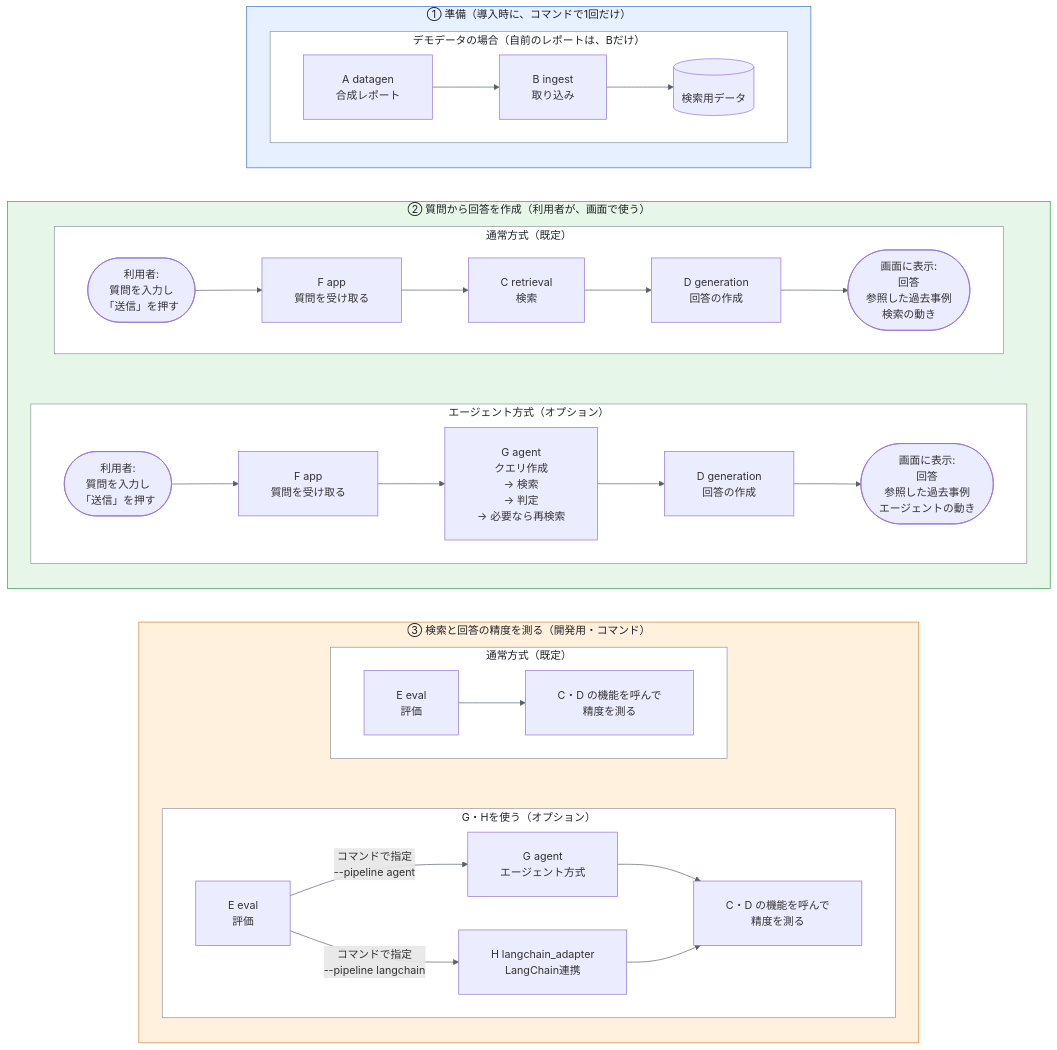
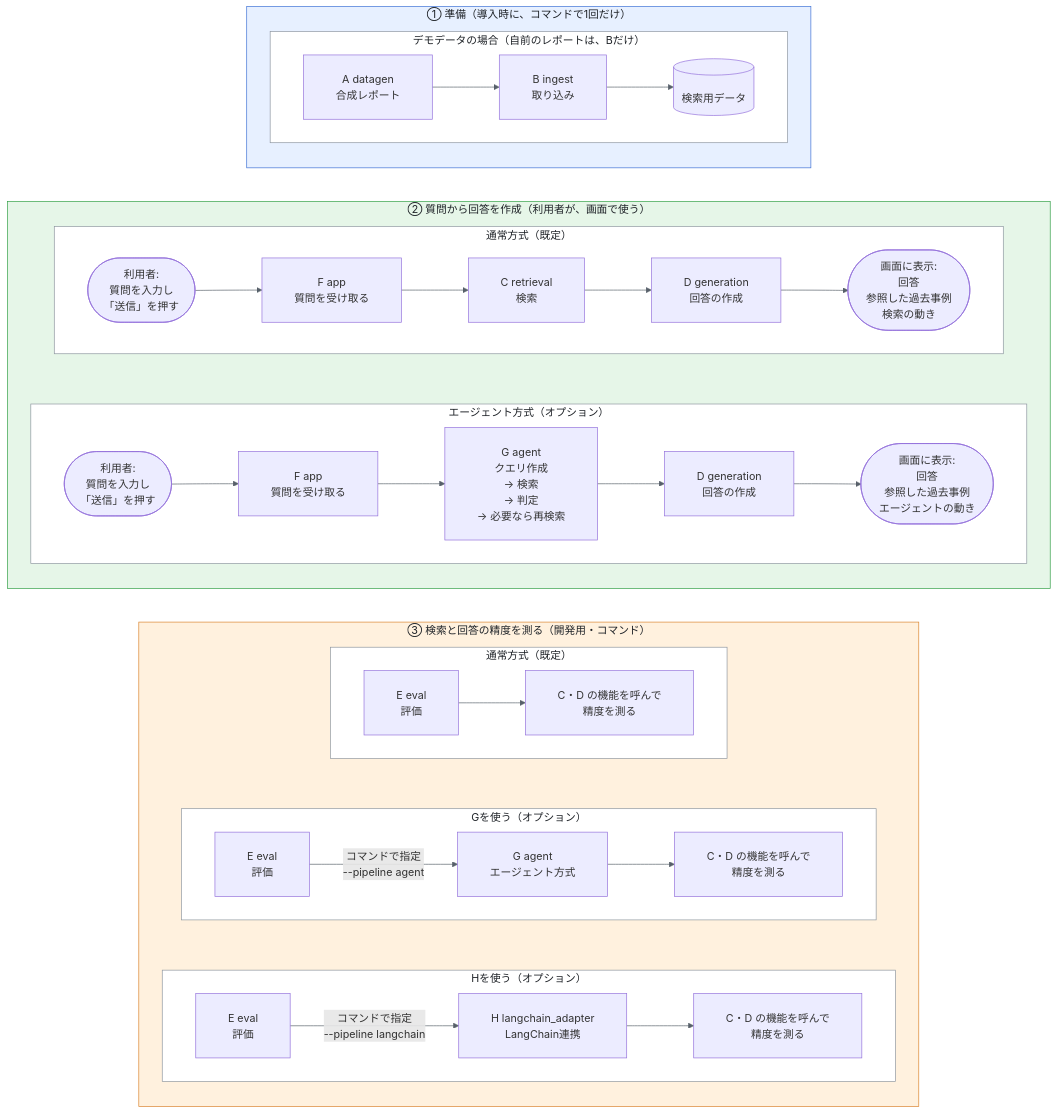
The diagram in README_ja.md (satoshi-abe-dev/silo-rag), drawn with Mermaid before and after one commit. The commit also changed other lines of this file and 1 other file, not shown here.

Commit message:
Split G and H into separate boxes in the evaluation part of the architecture diagram
Part ② already shows plain mode and agent mode as separate boxes, but part ③
put G and H in one "G・H" box. It now has three boxes, the same way:
plain mode (default), using G (optional), using H (optional). The bullet list
under the diagram is split the same way (ja/en).

````diff
--- a/README_ja.md
+++ b/README_ja.md
@@ -167,46 +167,51 @@
 ```mermaid
 %%{init: {"flowchart": {"padding": 24, "wrappingWidth": 400}, "themeVariables": {"lineColor": "#57606a"}}}%%
 graph TB
     subgraph g1["① 準備（導入時に、コマンドで1回だけ）"]
         direction TB
         subgraph prep["デモデータの場合（自前のレポートは、Bだけ）"]
             direction LR
             A["A datagen<br/>合成レポート"] --> B["B ingest<br/>取り込み"] --> DB[("検索用データ")]
         end
     end
     subgraph g2["② 質問から回答を作成（利用者が、画面で使う）"]
         direction TB
         subgraph plain["通常方式（既定）"]
             direction LR
             U1(["利用者:<br/>質問を入力し<br/>「送信」を押す"]) --> F1["F app<br/>質問を受け取る"] --> C1["C retrieval<br/>検索"] --> D1["D generation<br/>回答の作成"] --> R1(["画面に表示:<br/>回答<br/>参照した過去事例<br/>検索の動き"])
         end
         subgraph agent["エージェント方式（オプション）"]
             direction LR
             U2(["利用者:<br/>質問を入力し<br/>「送信」を押す"]) --> F2["F app<br/>質問を受け取る"] --> G["G agent<br/>クエリ作成<br/>→ 検索<br/>→ 判定<br/>→ 必要なら再検索"] --> D2["D generation<br/>回答の作成"] --> R2(["画面に表示:<br/>回答<br/>参照した過去事例<br/>エージェントの動き"])
         end
         plain ~~~ agent
     end
     subgraph g3["③ 検索と回答の精度を測る（開発用・コマンド）"]
         direction TB
         subgraph ev["通常方式（既定）"]
             direction LR
             E1["E eval<br/>評価"] --> CD1["C・D の機能を呼んで<br/>精度を測る"]
         end
-        subgraph ev2["G・Hを使う（オプション）"]
+        subgraph ev2["Gを使う（オプション）"]
             direction LR
             E2["E eval<br/>評価"] -->|"コマンドで指定<br/>--pipeline agent"| G2["G agent<br/>エージェント方式"] --> CD2["C・D の機能を呼んで<br/>精度を測る"]
-            E2 -->|"コマンドで指定<br/>--pipeline langchain"| H["H langchain_adapter<br/>LangChain連携"] --> CD2
+        end
+        subgraph ev3["Hを使う（オプション）"]
+            direction LR
+            E3["E eval<br/>評価"] -->|"コマンドで指定<br/>--pipeline langchain"| H["H langchain_adapter<br/>LangChain連携"] --> CD3["C・D の機能を呼んで<br/>精度を測る"]
         end
         ev ~~~ ev2
+        ev2 ~~~ ev3
     end
     g1 ~~~ g2
     g2 ~~~ g3
     style g1 fill:#e7f0ff,stroke:#3b6fd4,color:#1f2328
     style g2 fill:#e6f6e8,stroke:#2f9e44,color:#1f2328
     style g3 fill:#fff1de,stroke:#d9822b,color:#1f2328
     style prep fill:#ffffff,stroke:#8c959f,color:#1f2328
     style plain fill:#ffffff,stroke:#8c959f,color:#1f2328
     style agent fill:#ffffff,stroke:#8c959f,color:#1f2328
     style ev fill:#ffffff,stroke:#8c959f,color:#1f2328
     style ev2 fill:#ffffff,stroke:#8c959f,color:#1f2328
+    style ev3 fill:#ffffff,stroke:#8c959f,color:#1f2328
 ```
````
